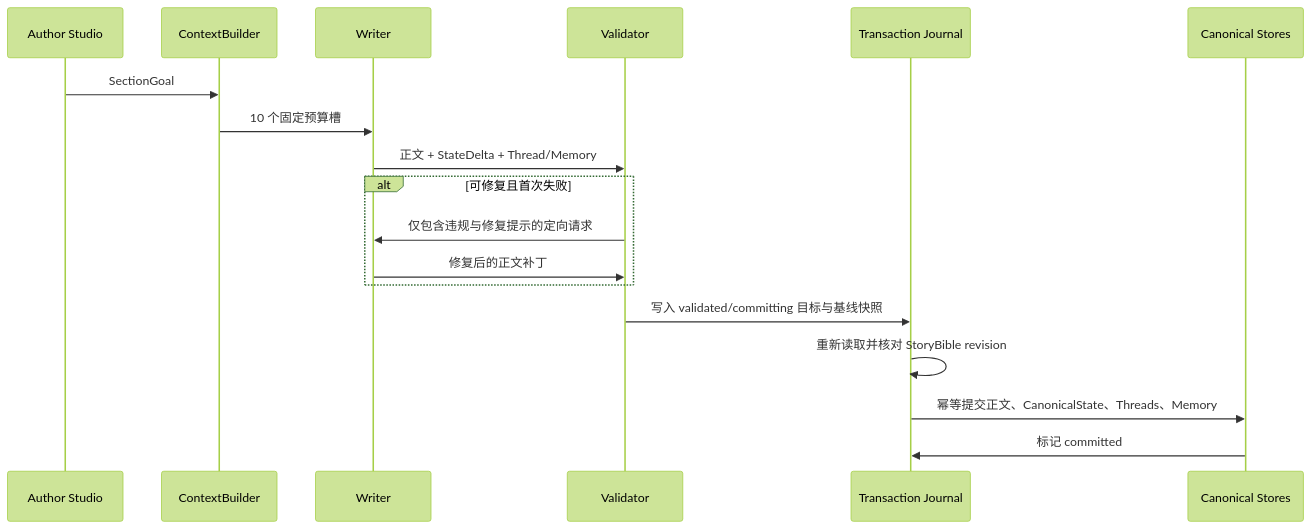
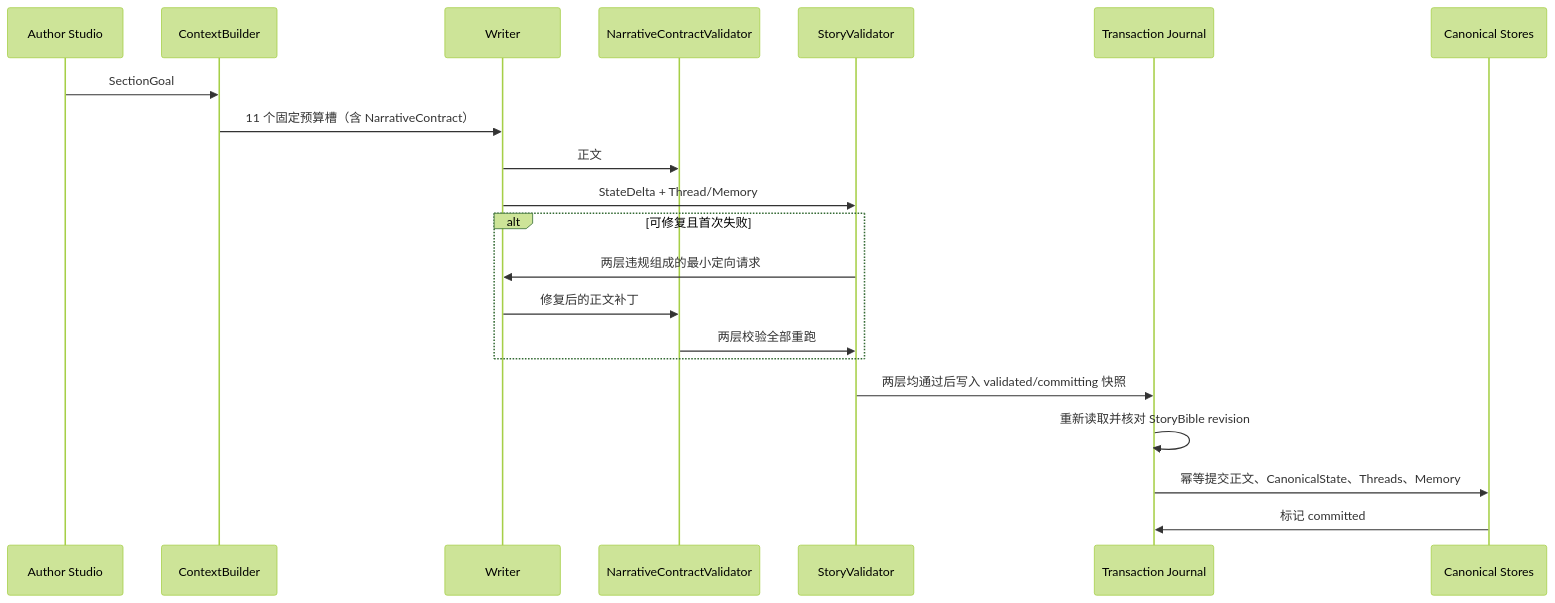
One commit to namelessawa/novel_auto changed the diagram in docs/author-mode-architecture.md. Above: the diagram before and after it, drawn with Mermaid (forest theme). The commit also changed other lines of this file and 29 other files, not shown here.

````diff
--- a/docs/author-mode-architecture.md
+++ b/docs/author-mode-architecture.md
@@ -23,20 +23,23 @@
 ```mermaid
 sequenceDiagram
     participant UI as Author Studio
     participant CB as ContextBuilder
     participant W as Writer
-    participant V as Validator
+    participant NV as NarrativeContractValidator
+    participant SV as StoryValidator
     participant TX as Transaction Journal
     participant C as Canonical Stores
     UI->>CB: SectionGoal
-    CB->>W: 10 个固定预算槽
-    W->>V: 正文 + StateDelta + Thread/Memory
+    CB->>W: 11 个固定预算槽（含 NarrativeContract）
+    W->>NV: 正文
+    W->>SV: StateDelta + Thread/Memory
     alt 可修复且首次失败
-        V->>W: 仅包含违规与修复提示的定向请求
-        W->>V: 修复后的正文补丁
+        SV->>W: 两层违规组成的最小定向请求
+        W->>NV: 修复后的正文补丁
+        NV->>SV: 两层校验全部重跑
     end
-    V->>TX: 写入 validated/committing 目标与基线快照
+    SV->>TX: 两层均通过后写入 validated/committing 快照
     TX->>TX: 重新读取并核对 StoryBible revision
     TX->>C: 幂等提交正文、CanonicalState、Threads、Memory
     C->>TX: 标记 committed
 ```
````
